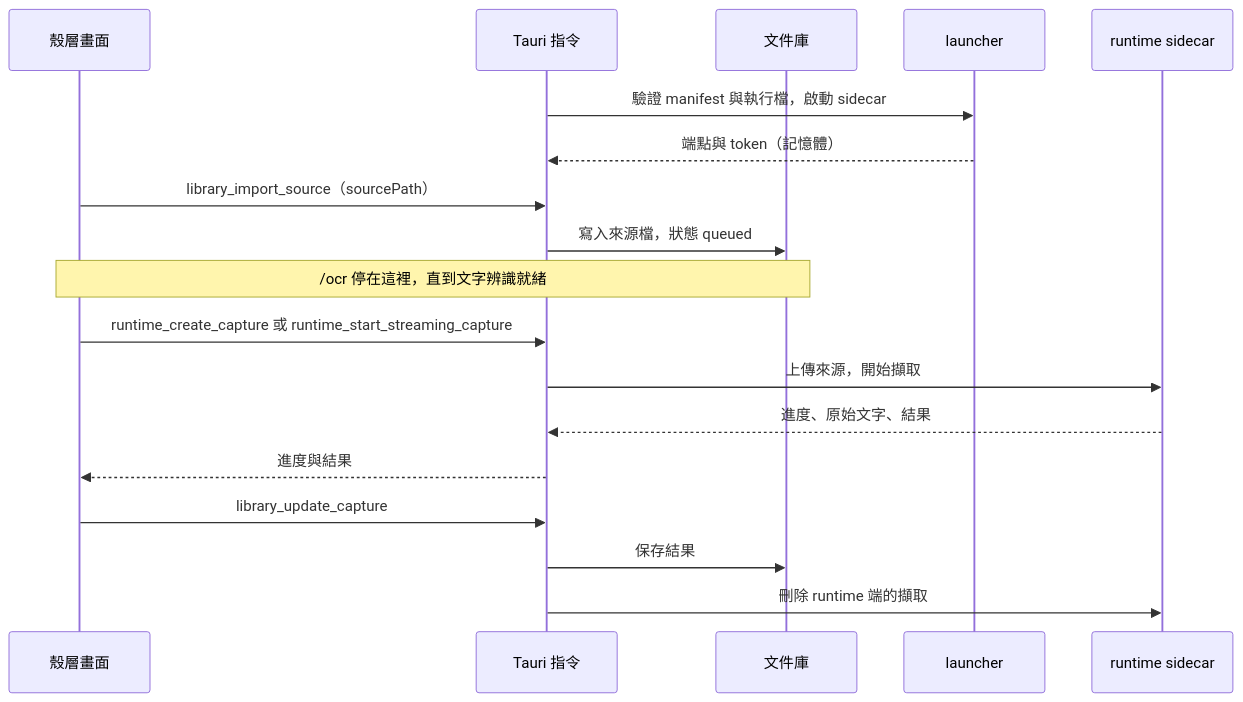
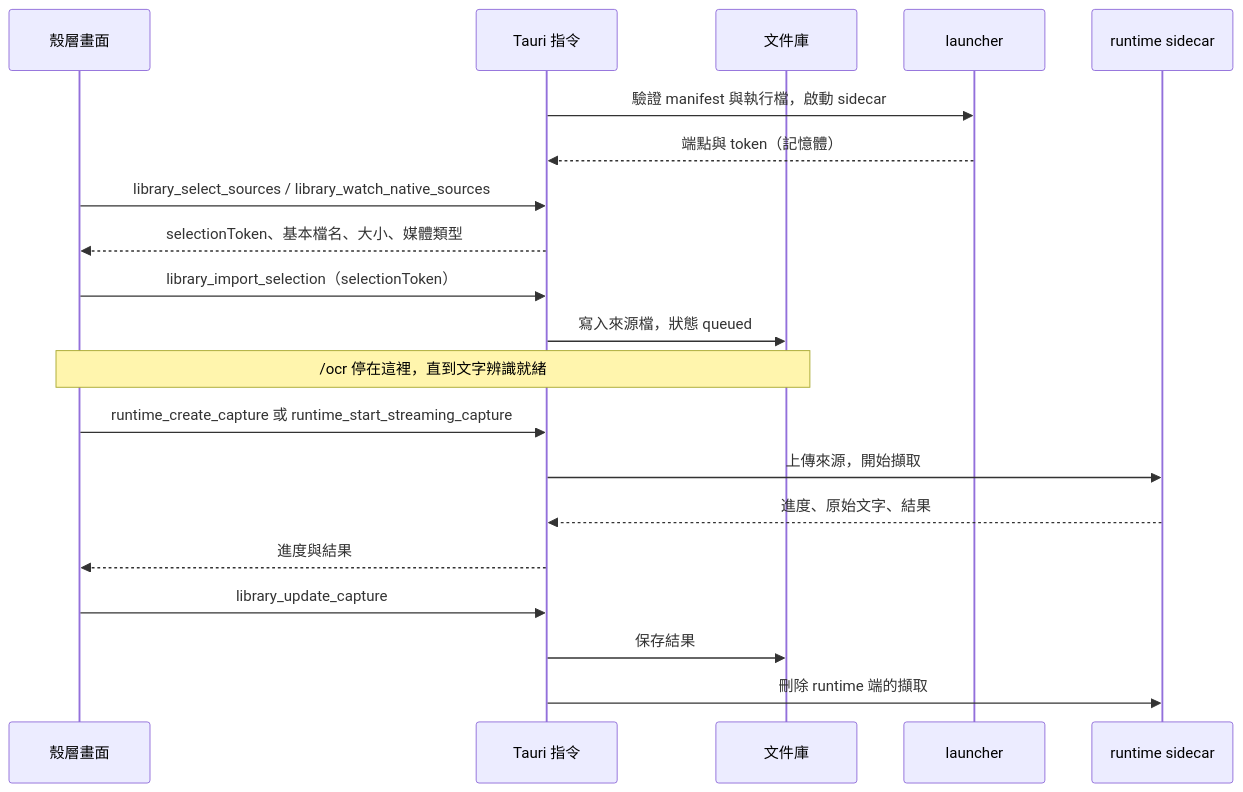
One commit to gx-capture/capture-workbench changed the second of 2 diagrams in docs/domain/host.md. Above: the diagram before and after it, drawn with Mermaid. The commit also changed other lines of this file and 37 other files, not shown here.

````diff
--- a/docs/domain/host.md
+++ b/docs/domain/host.md
@@ -56,20 +56,22 @@
 ```mermaid
 sequenceDiagram
   participant UI as 殼層畫面
   participant Tauri as Tauri 指令
   participant Lib as 文件庫
   participant L as launcher
   participant RT as runtime sidecar
   Tauri->>L: 驗證 manifest 與執行檔，啟動 sidecar
   L-->>Tauri: 端點與 token（記憶體）
-  UI->>Tauri: library_import_source（sourcePath）
+  UI->>Tauri: library_select_sources / library_watch_native_sources
+  Tauri-->>UI: selectionToken、基本檔名、大小、媒體類型
+  UI->>Tauri: library_import_selection（selectionToken）
   Tauri->>Lib: 寫入來源檔，狀態 queued
   Note over UI,Lib: /ocr 停在這裡，直到文字辨識就緒
   UI->>Tauri: runtime_create_capture 或 runtime_start_streaming_capture
   Tauri->>RT: 上傳來源，開始擷取
   RT-->>Tauri: 進度、原始文字、結果
   Tauri-->>UI: 進度與結果
   UI->>Tauri: library_update_capture
   Tauri->>Lib: 保存結果
   Tauri->>RT: 刪除 runtime 端的擷取
 ```
````
